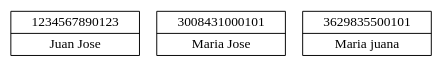
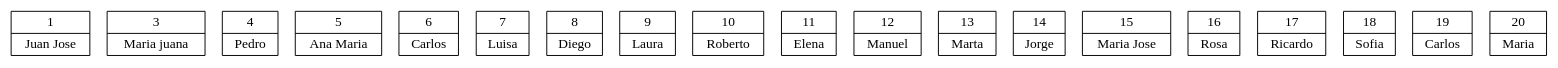
One commit to JorgeBa3/EDD_PROYECTO_202111277 changed the diagram in Final/hash_table.dot. Above: the diagram before and after it, drawn with Graphviz. The commit also changed 8 other files, not shown here.

```diff
--- a/Final/hash_table.dot
+++ b/Final/hash_table.dot
@@ -1,9 +1,41 @@
 digraph HashTable {
     node [shape=record];
-    node1 [label="{<dpi>   1234567890123|<nombre>Juan Jose
+    node1 [label="{<dpi>               1|<nombre>Juan Jose
 }"];
-    node2 [label="{<dpi>   3008431000101|<nombre>Maria Jose
+    node3 [label="{<dpi>               3|<nombre>Maria juana
 }"];
-    node6 [label="{<dpi>   3629835500101|<nombre>Maria juana
+    node4 [label="{<dpi>               4|<nombre>Pedro
+}"];
+    node5 [label="{<dpi>               5|<nombre>Ana Maria
+}"];
+    node6 [label="{<dpi>               6|<nombre>Carlos
+}"];
+    node7 [label="{<dpi>               7|<nombre>Luisa
+}"];
+    node8 [label="{<dpi>               8|<nombre>Diego
+}"];
+    node9 [label="{<dpi>               9|<nombre>Laura
+}"];
+    node10 [label="{<dpi>              10|<nombre>Roberto
+}"];
+    node11 [label="{<dpi>              11|<nombre>Elena
+}"];
+    node12 [label="{<dpi>              12|<nombre>Manuel
+}"];
+    node13 [label="{<dpi>              13|<nombre>Marta
+}"];
+    node14 [label="{<dpi>              14|<nombre>Jorge
+}"];
+    node15 [label="{<dpi>              15|<nombre>Maria Jose
+}"];
+    node16 [label="{<dpi>              16|<nombre>Rosa
+}"];
+    node17 [label="{<dpi>              17|<nombre>Ricardo
+}"];
+    node18 [label="{<dpi>              18|<nombre>Sofia
+}"];
+    node19 [label="{<dpi>              19|<nombre>Carlos
+}"];
+    node20 [label="{<dpi>              20|<nombre>Maria
 }"];
 }
```
